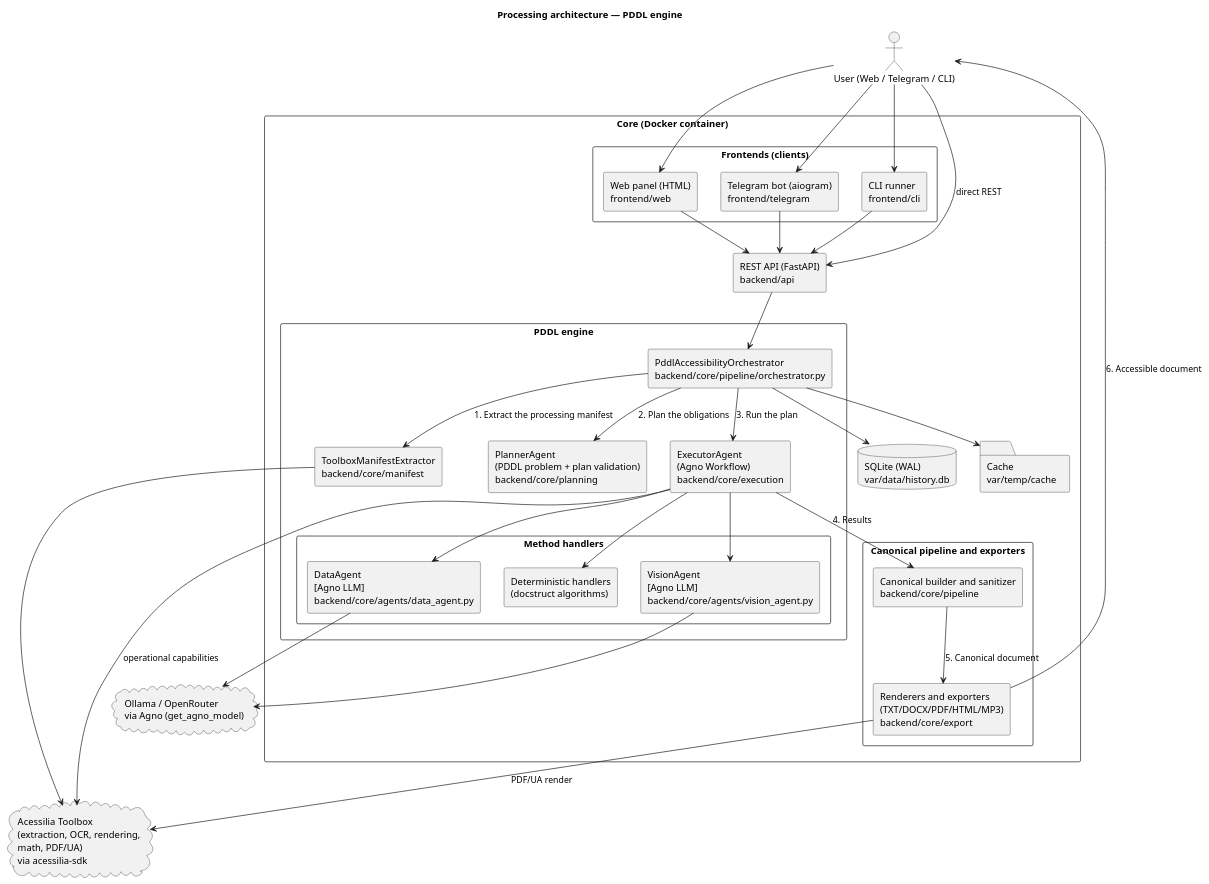
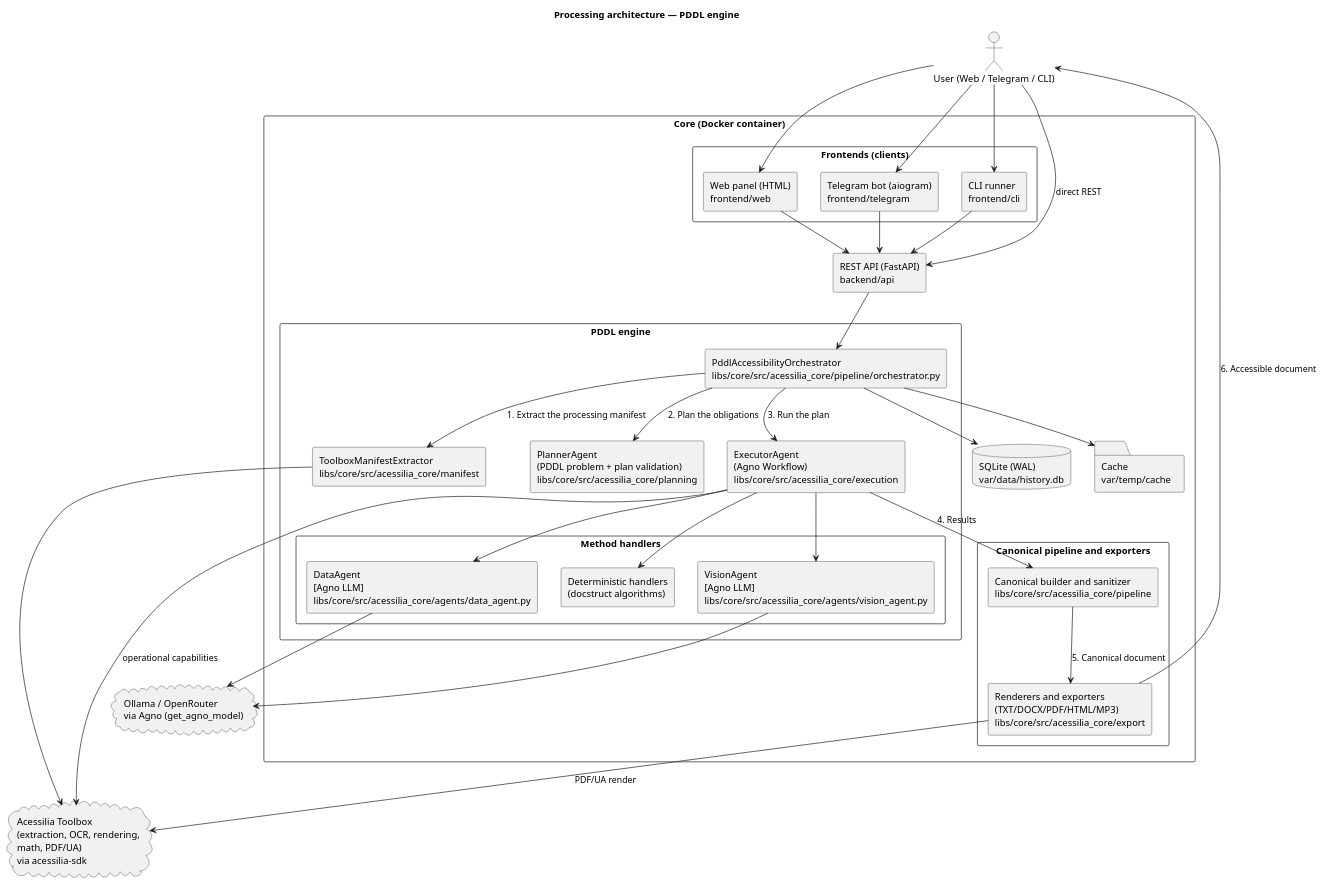
One commit to A11yDevs/acessilia changed the diagram in docs/architecture/architecture.puml. Above: the diagram before and after it, drawn with PlantUML. The commit also changed 458 other files, not shown here.

First line of the commit message:
refactor(core): move backend/core to libs/core as the acessilia_core package

```diff
--- a/docs/architecture/architecture.puml
+++ b/docs/architecture/architecture.puml
@@ -1,74 +1,74 @@
 @startuml architecture
 skinparam componentStyle rectangle
 skinparam shadowing false
 skinparam packageStyle rectangle
 
 title Processing architecture — PDDL engine
 
 actor "User (Web / Telegram / CLI)" as User
 
 package "Core (Docker container)" {
 
   package "Frontends (clients)" {
     component "Web panel (HTML)\nfrontend/web" as WebUI
     component "Telegram bot (aiogram)\nfrontend/telegram" as TelegramBot
     component "CLI runner\nfrontend/cli" as CLI
   }
 
   component "REST API (FastAPI)\nbackend/api" as API
 
   package "PDDL engine" {
-    component "PddlAccessibilityOrchestrator\nbackend/core/pipeline/orchestrator.py" as Orchestrator
-    component "ToolboxManifestExtractor\nbackend/core/manifest" as Manifest
-    component "PlannerAgent\n(PDDL problem + plan validation)\nbackend/core/planning" as Planner
-    component "ExecutorAgent\n(Agno Workflow)\nbackend/core/execution" as Executor
+    component "PddlAccessibilityOrchestrator\nlibs/core/src/acessilia_core/pipeline/orchestrator.py" as Orchestrator
+    component "ToolboxManifestExtractor\nlibs/core/src/acessilia_core/manifest" as Manifest
+    component "PlannerAgent\n(PDDL problem + plan validation)\nlibs/core/src/acessilia_core/planning" as Planner
+    component "ExecutorAgent\n(Agno Workflow)\nlibs/core/src/acessilia_core/execution" as Executor
 
     package "Method handlers" {
-      component "VisionAgent\n[Agno LLM]\nbackend/core/agents/vision_agent.py" as Vision
-      component "DataAgent\n[Agno LLM]\nbackend/core/agents/data_agent.py" as Data
+      component "VisionAgent\n[Agno LLM]\nlibs/core/src/acessilia_core/agents/vision_agent.py" as Vision
+      component "DataAgent\n[Agno LLM]\nlibs/core/src/acessilia_core/agents/data_agent.py" as Data
       component "Deterministic handlers\n(docstruct algorithms)" as Deterministic
     }
   }
 
   package "Canonical pipeline and exporters" {
-    component "Canonical builder and sanitizer\nbackend/core/pipeline" as Pipeline
-    component "Renderers and exporters\n(TXT/DOCX/PDF/HTML/MP3)\nbackend/core/export" as Exporters
+    component "Canonical builder and sanitizer\nlibs/core/src/acessilia_core/pipeline" as Pipeline
+    component "Renderers and exporters\n(TXT/DOCX/PDF/HTML/MP3)\nlibs/core/src/acessilia_core/export" as Exporters
   }
 
   database "SQLite (WAL)\nvar/data/history.db" as DB
   folder "Cache\nvar/temp/cache" as Cache
 }
 
 cloud "Acessilia Toolbox\n(extraction, OCR, rendering,\nmath, PDF/UA)\nvia acessilia-sdk" as Toolbox
 cloud "Ollama / OpenRouter\nvia Agno (get_agno_model)" as AI
 
 User --> WebUI
 User --> TelegramBot
 User --> CLI
 User --> API : direct REST
 
 WebUI --> API
 TelegramBot --> API
 CLI --> API
 API --> Orchestrator
 
 Orchestrator --> DB
 Orchestrator --> Cache
 
 Orchestrator --> Manifest : 1. Extract the processing manifest
 Manifest --> Toolbox
 Orchestrator --> Planner : 2. Plan the obligations
 Orchestrator --> Executor : 3. Run the plan
 Executor --> Vision
 Executor --> Data
 Executor --> Deterministic
 Executor --> Toolbox : operational capabilities
 Vision --> AI
 Data --> AI
 
 Executor --> Pipeline : 4. Results
 Pipeline --> Exporters : 5. Canonical document
 Exporters --> Toolbox : PDF/UA render
 Exporters --> User : 6. Accessible document
 
 @enduml
```
